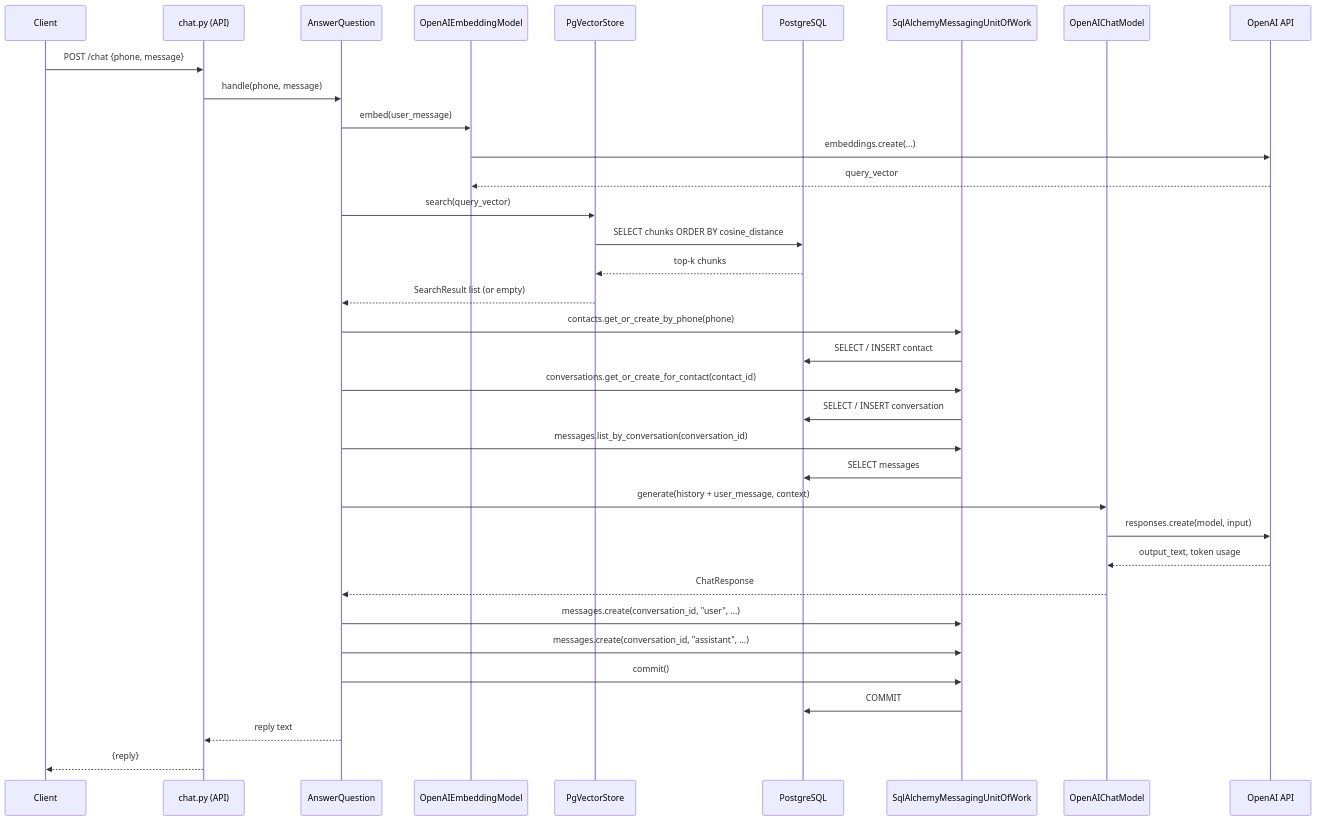
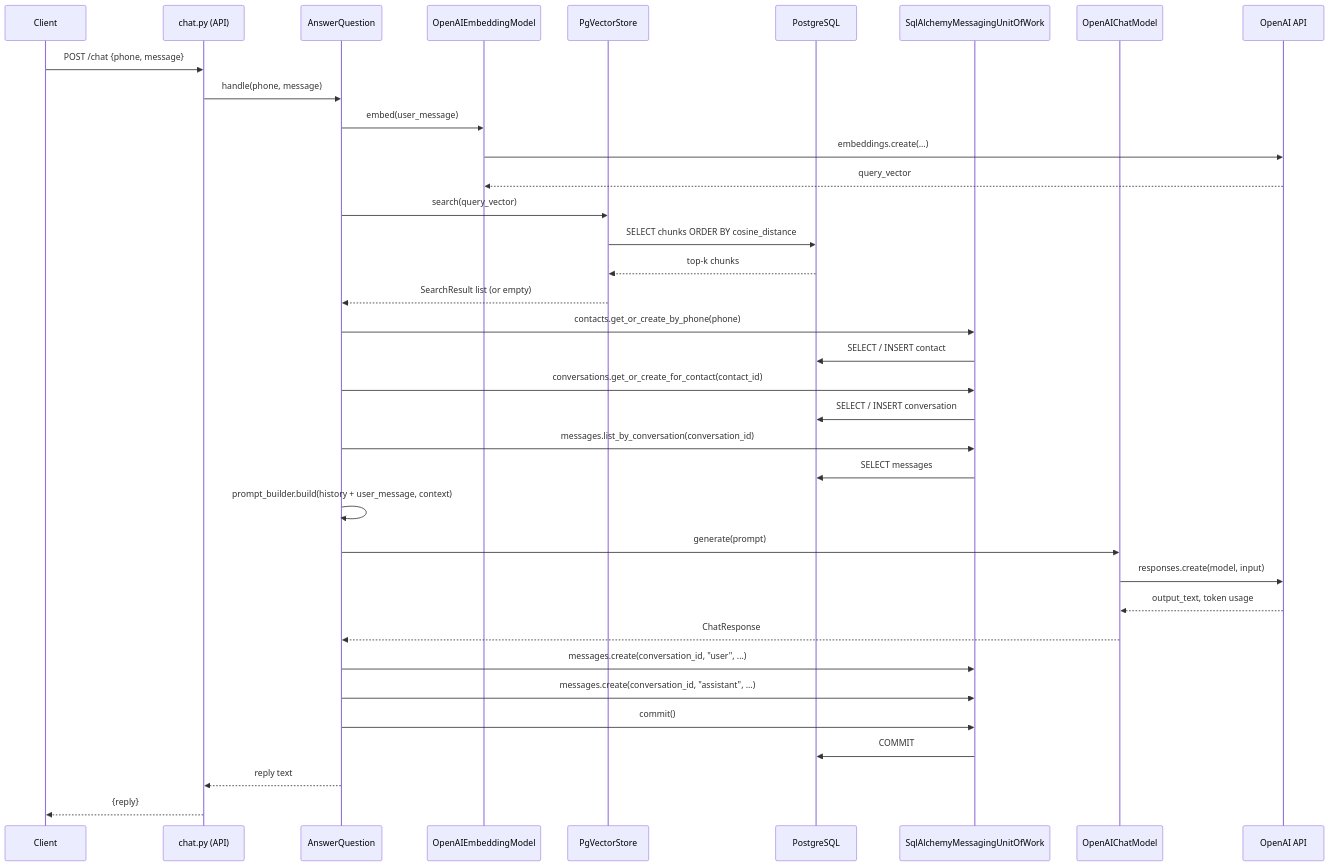
Before and after one commit to camercadop/knowledge-support-ai-agent: the first of 2 diagrams in docs/development.md, drawn with Mermaid. The commit also changed other lines of this file and 14 other files, not shown here.

Commit message:
feat: introduce PromptBuilder for assembling provider-agnostic message lists

````diff
--- a/docs/development.md
+++ b/docs/development.md
@@ -151,38 +152,39 @@
 ```mermaid
 sequenceDiagram
     participant Client
     participant Router as chat.py (API)
     participant UC as AnswerQuestion
     participant Embed as OpenAIEmbeddingModel
     participant VS as PgVectorStore
     participant DB as PostgreSQL
     participant UoW as SqlAlchemyMessagingUnitOfWork
     participant LLM as OpenAIChatModel
     participant OpenAI as OpenAI API
 
     Client->>Router: POST /chat {phone, message}
     Router->>UC: handle(phone, message)
     UC->>Embed: embed(user_message)
     Embed->>OpenAI: embeddings.create(...)
     OpenAI-->>Embed: query_vector
     UC->>VS: search(query_vector)
     VS->>DB: SELECT chunks ORDER BY cosine_distance
     DB-->>VS: top-k chunks
     VS-->>UC: SearchResult list (or empty)
     UC->>UoW: contacts.get_or_create_by_phone(phone)
     UoW->>DB: SELECT / INSERT contact
     UC->>UoW: conversations.get_or_create_for_contact(contact_id)
     UoW->>DB: SELECT / INSERT conversation
     UC->>UoW: messages.list_by_conversation(conversation_id)
     UoW->>DB: SELECT messages
-    UC->>LLM: generate(history + user_message, context)
+    UC->>UC: prompt_builder.build(history + user_message, context)
+    UC->>LLM: generate(prompt)
     LLM->>OpenAI: responses.create(model, input)
     OpenAI-->>LLM: output_text, token usage
     LLM-->>UC: ChatResponse
     UC->>UoW: messages.create(conversation_id, "user", ...)
     UC->>UoW: messages.create(conversation_id, "assistant", ...)
     UC->>UoW: commit()
     UoW->>DB: COMMIT
     UC-->>Router: reply text
     Router-->>Client: {reply}
 ```
````
